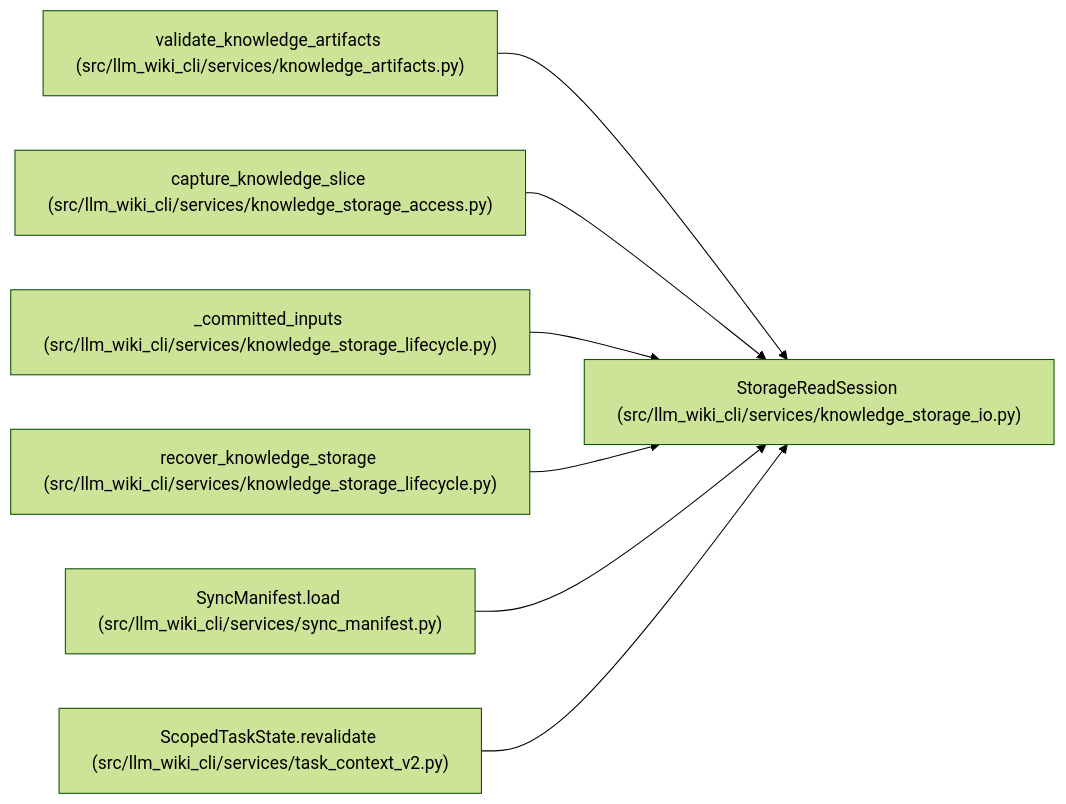
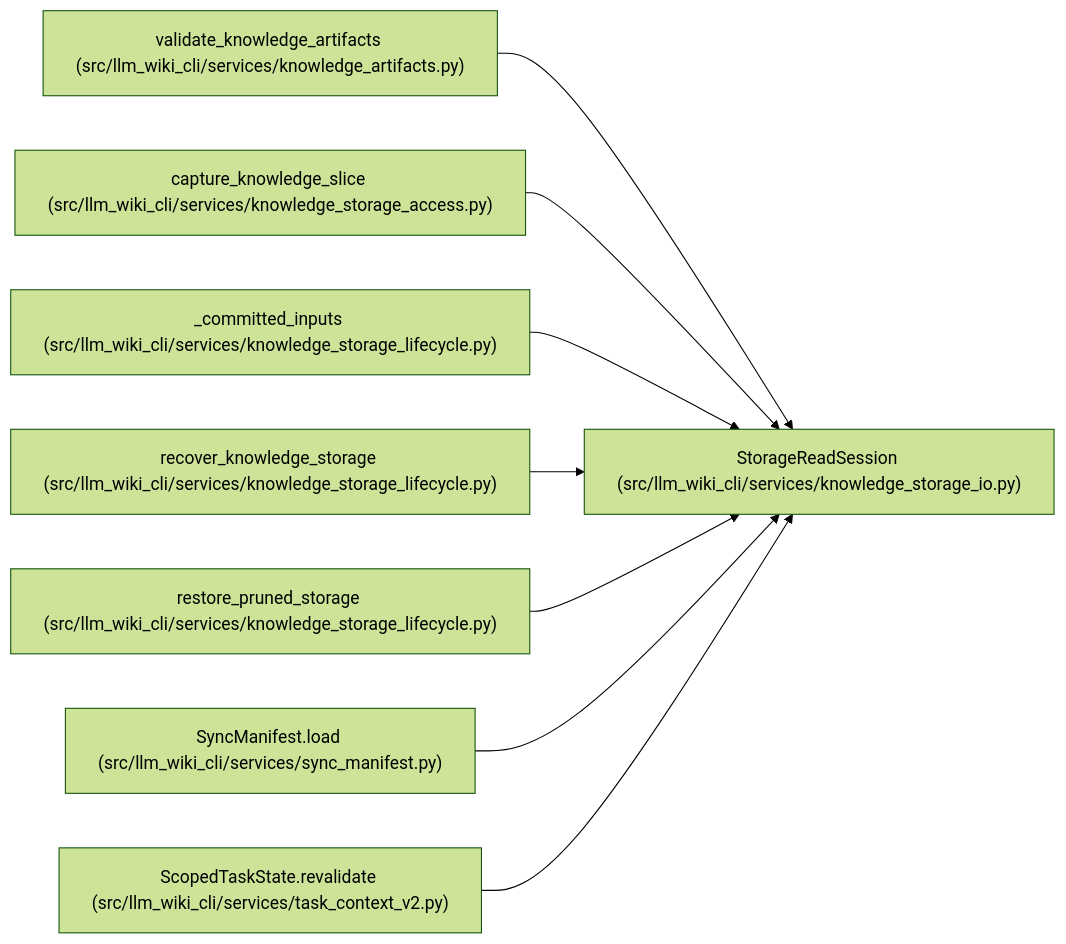
One commit to Denissvgn/python-wiki-llm changed the diagram in docs/llm_wiki/entities/StorageReadSession.md. Above: the diagram before and after it, drawn with Mermaid (forest theme). The commit also changed other lines of this file and 486 other files, not shown here.

First line of the commit message:
Improve knowledge storage performance and recoverable cleanup (#36)

````diff
--- a/docs/llm_wiki/entities/StorageReadSession.md
+++ b/docs/llm_wiki/entities/StorageReadSession.md
@@ -29,23 +34,26 @@
 ```mermaid
 flowchart LR
     n0["StorageReadSession (src/llm_wiki_cli/services/knowledge_storage_io.py)"]
     n1["validate_knowledge_artifacts (src/llm_wiki_cli/services/knowledge_artifacts.py)"]
     n2["capture_knowledge_slice (src/llm_wiki_cli/services/knowledge_storage_access.py)"]
     n3["_committed_inputs (src/llm_wiki_cli/services/knowledge_storage_lifecycle.py)"]
     n4["recover_knowledge_storage (src/llm_wiki_cli/services/knowledge_storage_lifecycle.py)"]
-    n5["SyncManifest.load (src/llm_wiki_cli/services/sync_manifest.py)"]
-    n6["ScopedTaskState.revalidate (src/llm_wiki_cli/services/task_context_v2.py)"]
+    n5["restore_pruned_storage (src/llm_wiki_cli/services/knowledge_storage_lifecycle.py)"]
+    n6["SyncManifest.load (src/llm_wiki_cli/services/sync_manifest.py)"]
+    n7["ScopedTaskState.revalidate (src/llm_wiki_cli/services/task_context_v2.py)"]
     n1 --> n0
     n2 --> n0
     n3 --> n0
     n4 --> n0
     n5 --> n0
     n6 --> n0
+    n7 --> n0
     click n0 "../modules/knowledge_storage_io.md"
     click n1 "../modules/knowledge_artifacts.md"
     click n2 "../modules/knowledge_storage_access.md"
     click n3 "../modules/knowledge_storage_lifecycle.md"
     click n4 "../modules/knowledge_storage_lifecycle.md"
-    click n5 "../modules/sync_manifest.md"
-    click n6 "../modules/task_context_v2.md"
+    click n5 "../modules/knowledge_storage_lifecycle.md"
+    click n6 "../modules/sync_manifest.md"
+    click n7 "../modules/task_context_v2.md"
 ```
````
